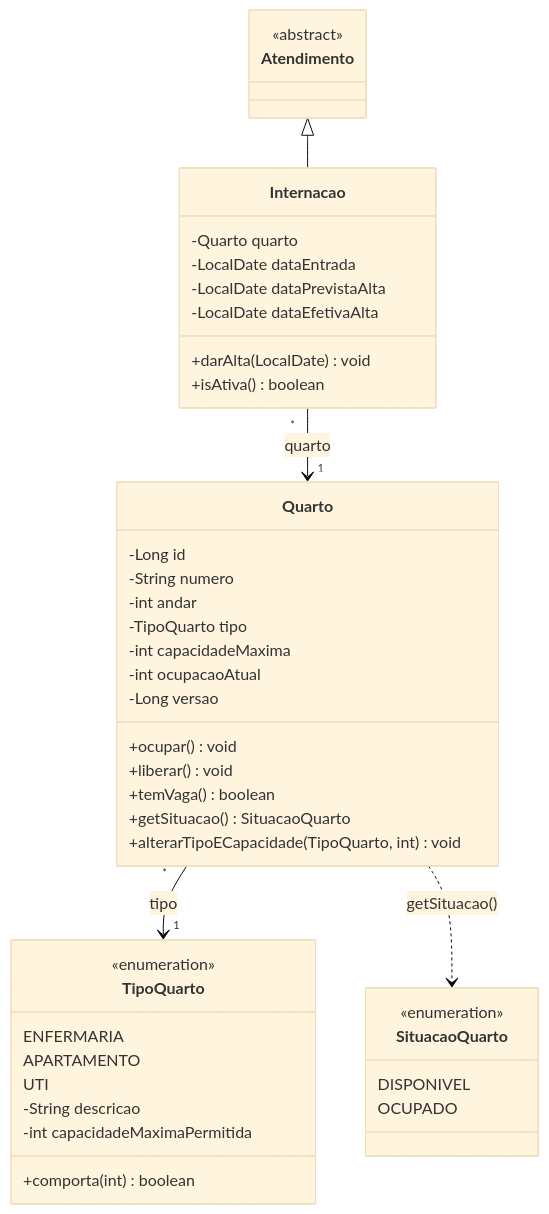
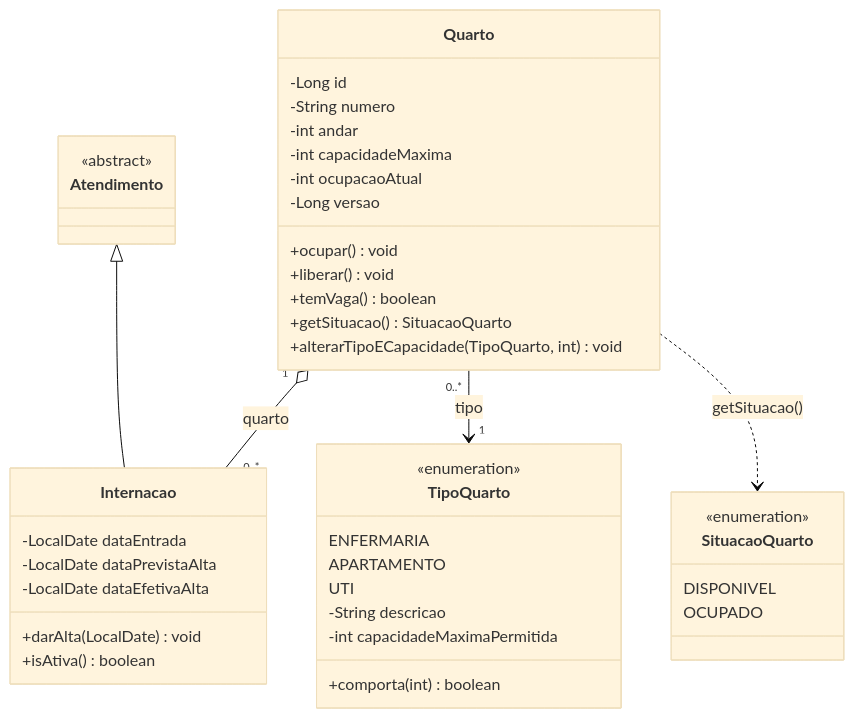
Before and after one commit to pedrolsrt/sistema-hospitalar: the ninth of 10 diagrams in docs/diagrama-de-classes.md, drawn with Mermaid (base theme). The commit also changed other lines of this file and 5 other files, not shown here.

Commit message:
docs: ajusta os diagramas conforme a avaliação e adiciona o diagrama completo da Sprint 2

````diff
--- a/docs/diagrama-de-classes.md
+++ b/docs/diagrama-de-classes.md
@@ -603,51 +622,49 @@
 ```mermaid
 classDiagram
     direction TB
 
     class Atendimento { <<abstract>> }
 
     class Internacao {
-        -Quarto quarto
         -LocalDate dataEntrada
         -LocalDate dataPrevistaAlta
         -LocalDate dataEfetivaAlta
         +darAlta(LocalDate) void
         +isAtiva() boolean
     }
 
     class Quarto {
         -Long id
         -String numero
         -int andar
-        -TipoQuarto tipo
         -int capacidadeMaxima
         -int ocupacaoAtual
         -Long versao
         +ocupar() void
         +liberar() void
         +temVaga() boolean
         +getSituacao() SituacaoQuarto
         +alterarTipoECapacidade(TipoQuarto, int) void
     }
 
     class TipoQuarto {
         <<enumeration>>
         ENFERMARIA
         APARTAMENTO
         UTI
         -String descricao
         -int capacidadeMaximaPermitida
         +comporta(int) boolean
     }
 
     class SituacaoQuarto {
         <<enumeration>>
         DISPONIVEL
         OCUPADO
     }
 
     Atendimento <|-- Internacao
-    Internacao "*" --> "1" Quarto : quarto
-    Quarto "*" --> "1" TipoQuarto : tipo
+    Quarto "1" o-- "0..*" Internacao : quarto
+    Quarto "0..*" --> "1" TipoQuarto : tipo
     Quarto ..> SituacaoQuarto : getSituacao()
 ```
````
